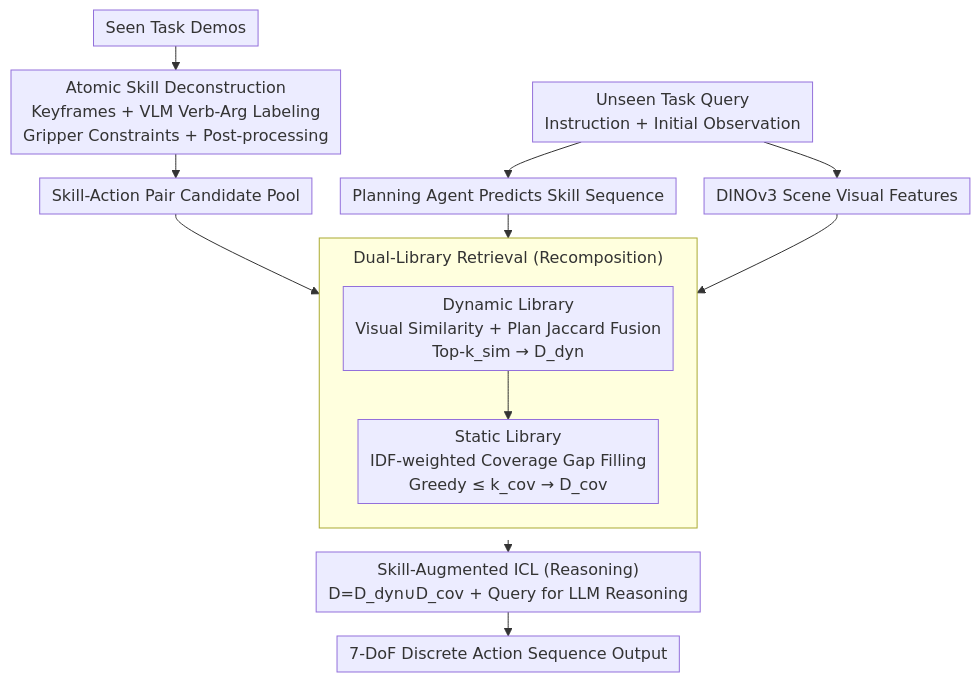
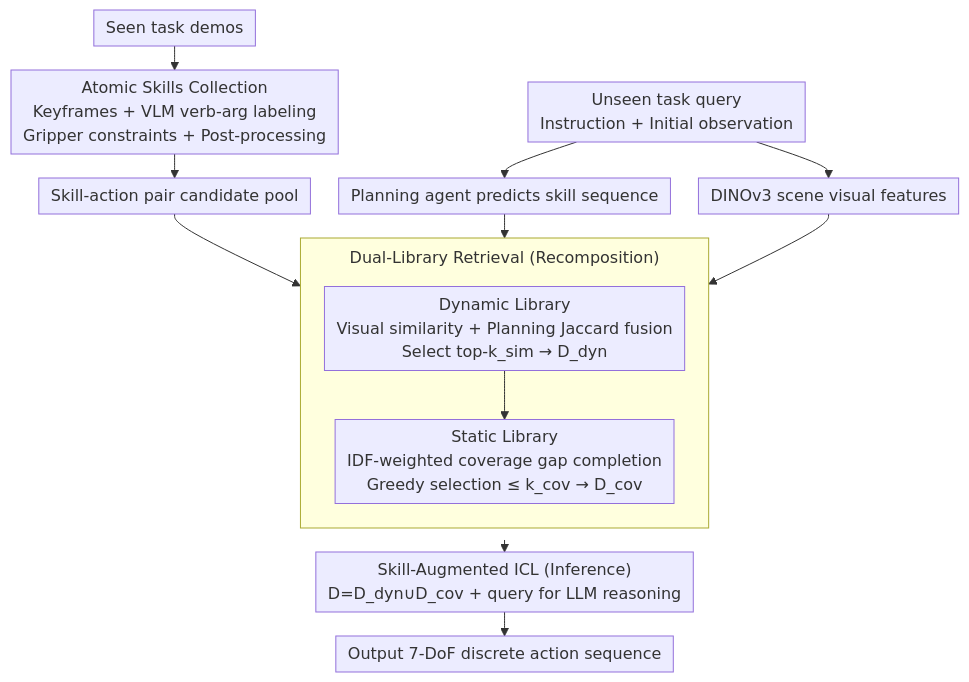
Before and after one commit to zhaoyang97/Paper-Notes-en: the diagram in docs/ICML2026/robotics/decompose_and_recompose_reasoning_new_skills_from_existing_abilities_for_cross-t.md, drawn with Mermaid. The commit also changed other lines of this file and 5084 other files, not shown here.

````diff
--- a/docs/ICML2026/robotics/decompose_and_recompose_reasoning_new_skills_from_existing_abilities_for_cross-t.md
+++ b/docs/ICML2026/robotics/decompose_and_recompose_reasoning_new_skills_from_existing_abilities_for_cross-t.md
@@ -43,19 +43,19 @@
 ```mermaid
 %%{init: {'flowchart': {'rankSpacing': 24, 'nodeSpacing': 28, 'padding': 6, 'wrappingWidth': 400, 'subGraphTitleMargin': {'top': 8, 'bottom': 16}}}}%%
 flowchart TD
-    SEEN["Seen Task Demos"] --> A["Atomic Skill Deconstruction<br/>Keyframes + VLM Verb-Arg Labeling<br/>Gripper Constraints + Post-processing"]
-    A --> POOL["Skill-Action Pair Candidate Pool"]
-    Q["Unseen Task Query<br/>Instruction + Initial Observation"] --> PLAN["Planning Agent Predicts Skill Sequence"]
-    Q --> VIS["DINOv3 Scene Visual Features"]
+    SEEN["Seen task demos"] --> A["Atomic Skills Collection<br/>Keyframes + VLM verb-arg labeling<br/>Gripper constraints + Post-processing"]
+    A --> POOL["Skill-action pair candidate pool"]
+    Q["Unseen task query<br/>Instruction + Initial observation"] --> PLAN["Planning agent predicts skill sequence"]
+    Q --> VIS["DINOv3 scene visual features"]
     subgraph DUAL["Dual-Library Retrieval (Recomposition)"]
         direction TB
-        DYN["Dynamic Library<br/>Visual Similarity + Plan Jaccard Fusion<br/>Top-k_sim → D_dyn"]
-        COV["Static Library<br/>IDF-weighted Coverage Gap Filling<br/>Greedy ≤ k_cov → D_cov"]
+        DYN["Dynamic Library<br/>Visual similarity + Planning Jaccard fusion<br/>Select top-k_sim → D_dyn"]
+        COV["Static Library<br/>IDF-weighted coverage gap completion<br/>Greedy selection ≤ k_cov → D_cov"]
         DYN --> COV
     end
     POOL --> DUAL
     PLAN --> DUAL
     VIS --> DYN
-    DUAL --> ICL["Skill-Augmented ICL (Reasoning)<br/>D=D_dyn∪D_cov + Query for LLM Reasoning"]
-    ICL --> OUT["7-DoF Discrete Action Sequence Output"]
+    DUAL --> ICL["Skill-Augmented ICL (Inference)<br/>D=D_dyn∪D_cov + query for LLM reasoning"]
+    ICL --> OUT["Output 7-DoF discrete action sequence"]
 ```
````
